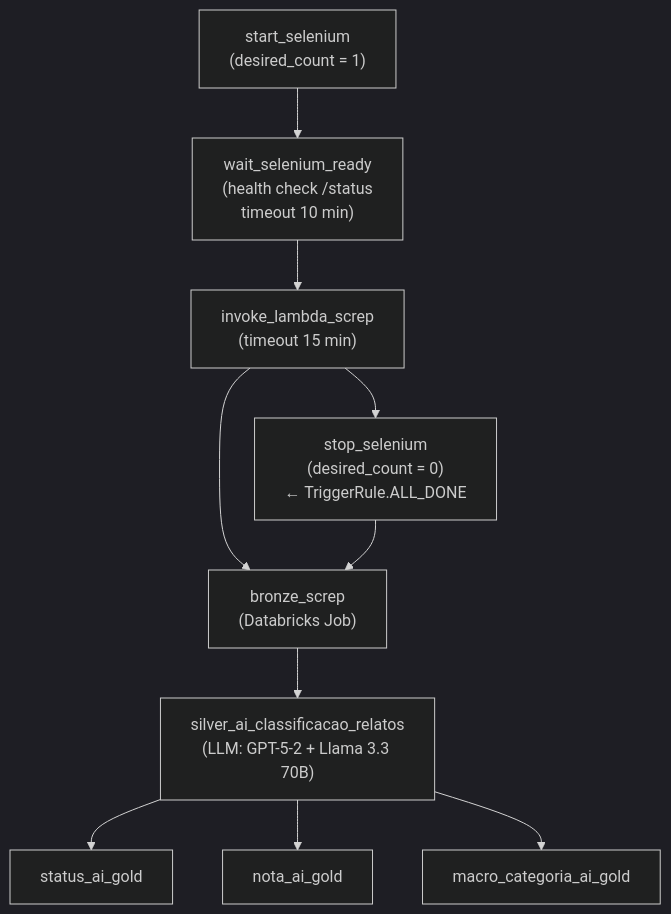
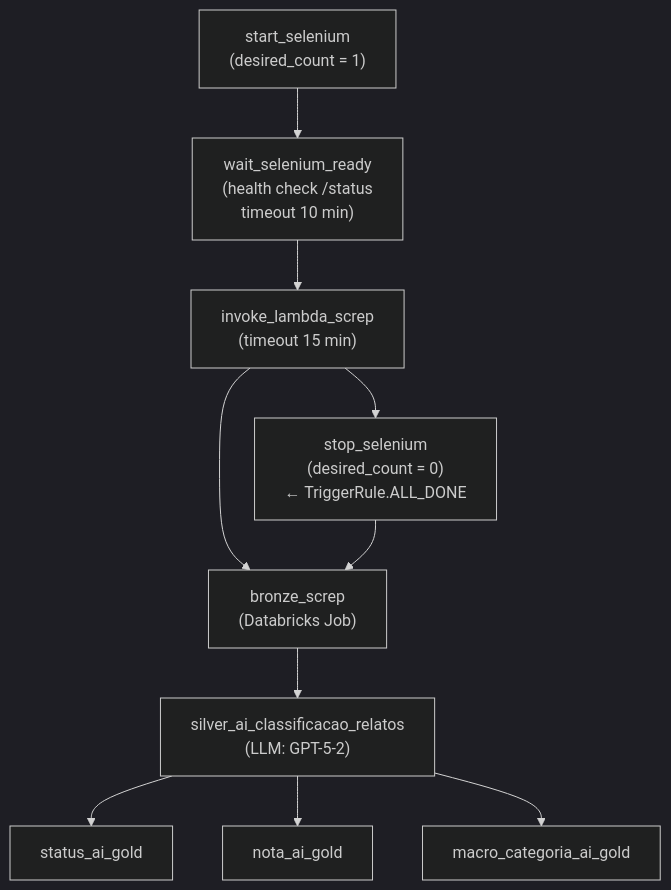
Before and after one commit to lucassan202/data-master-cloud: the fourth of 4 diagrams in docs/ARCHITECTURE.md, drawn with Mermaid (dark theme). The commit also changed other lines of this file and 5 other files, not shown here.

````diff
--- a/docs/ARCHITECTURE.md
+++ b/docs/ARCHITECTURE.md
@@ -374,12 +368,12 @@
 ```mermaid
 flowchart TB
     START["start_selenium\n(desired_count = 1)"] --> WAIT["wait_selenium_ready\n(health check /status\ntimeout 10 min)"]
     WAIT --> LAMBDA["invoke_lambda_screp\n(timeout 15 min)"]
     LAMBDA --> STOP["stop_selenium\n(desired_count = 0)\n← TriggerRule.ALL_DONE"]
     LAMBDA --> BRONZE["bronze_screp\n(Databricks Job)"]
     STOP --> BRONZE
-    BRONZE --> SILVER_AI["silver_ai_classificacao_relatos\n(LLM: GPT-5-2 + Llama 3.3 70B)"]
+    BRONZE --> SILVER_AI["silver_ai_classificacao_relatos\n(LLM: GPT-5-2)"]
     SILVER_AI --> STATUS["status_ai_gold"]
     SILVER_AI --> NOTA["nota_ai_gold"]
     SILVER_AI --> MACRO["macro_categoria_ai_gold"]
 ```
````
